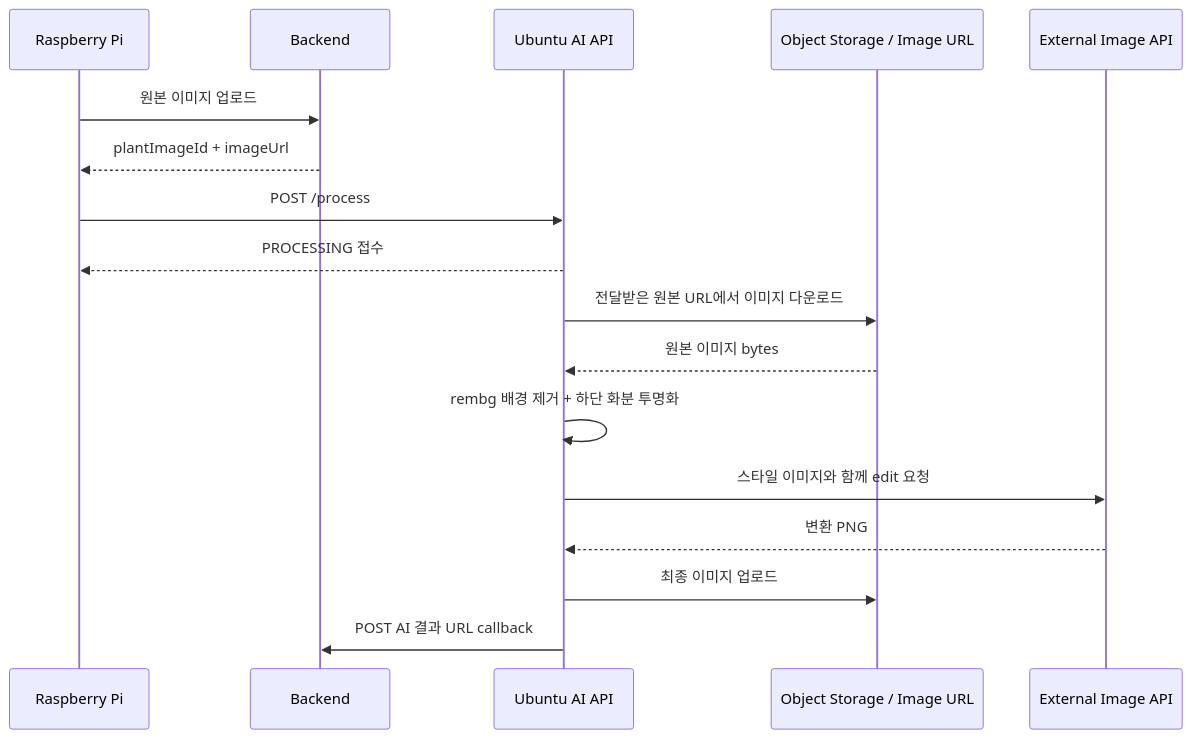
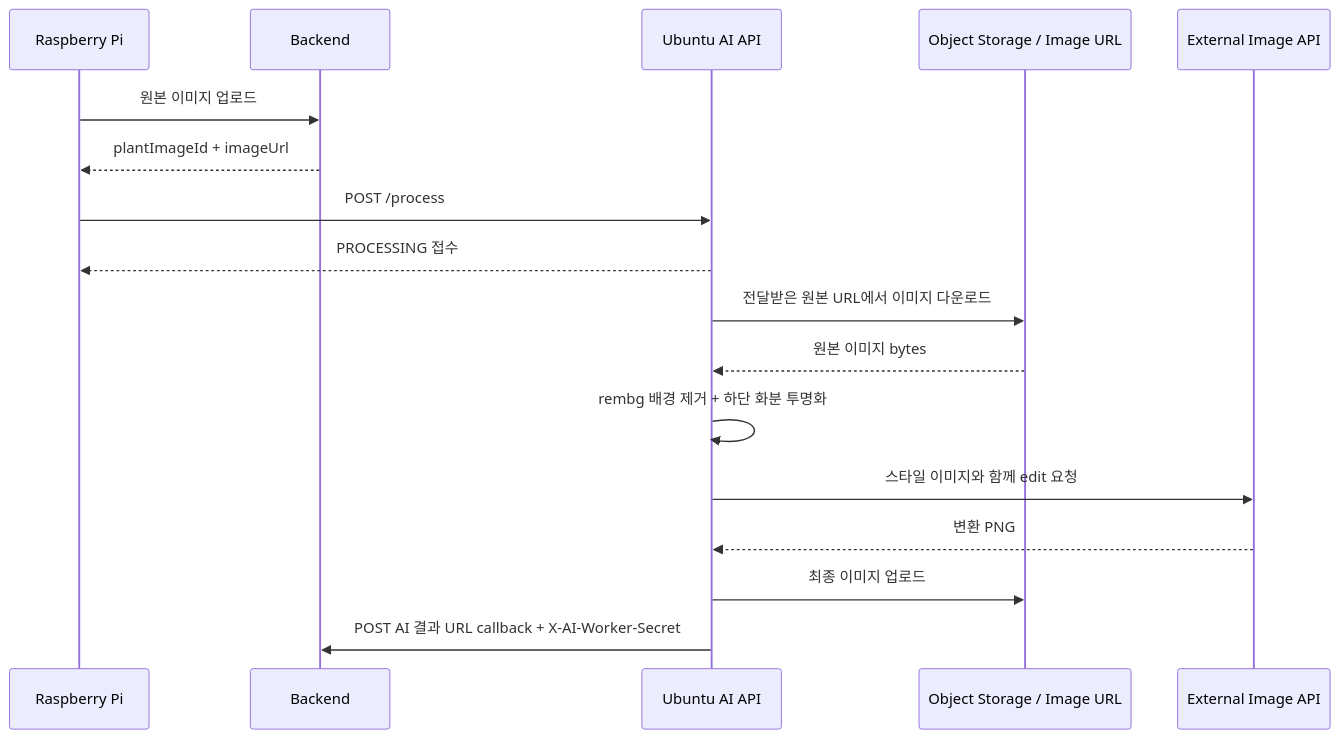
The diagram in docs/UBUNTU_GREENLINK_AI.md (Age-Code/greenlink), drawn with Mermaid before and after one commit. The commit also changed other lines of this file and 7 other files, not shown here.

````diff
--- a/docs/UBUNTU_GREENLINK_AI.md
+++ b/docs/UBUNTU_GREENLINK_AI.md
@@ -159,19 +154,19 @@
 ```mermaid
 sequenceDiagram
     participant P as Raspberry Pi
     participant B as Backend
     participant A as Ubuntu AI API
     participant S as Object Storage / Image URL
     participant O as External Image API
     P->>B: 원본 이미지 업로드
     B-->>P: plantImageId + imageUrl
     P->>A: POST /process
     A-->>P: PROCESSING 접수
     A->>S: 전달받은 원본 URL에서 이미지 다운로드
     S-->>A: 원본 이미지 bytes
     A->>A: rembg 배경 제거 + 하단 화분 투명화
     A->>O: 스타일 이미지와 함께 edit 요청
     O-->>A: 변환 PNG
     A->>S: 최종 이미지 업로드
-    A->>B: POST AI 결과 URL callback
+    A->>B: POST AI 결과 URL callback + X-AI-Worker-Secret
 ```
````
